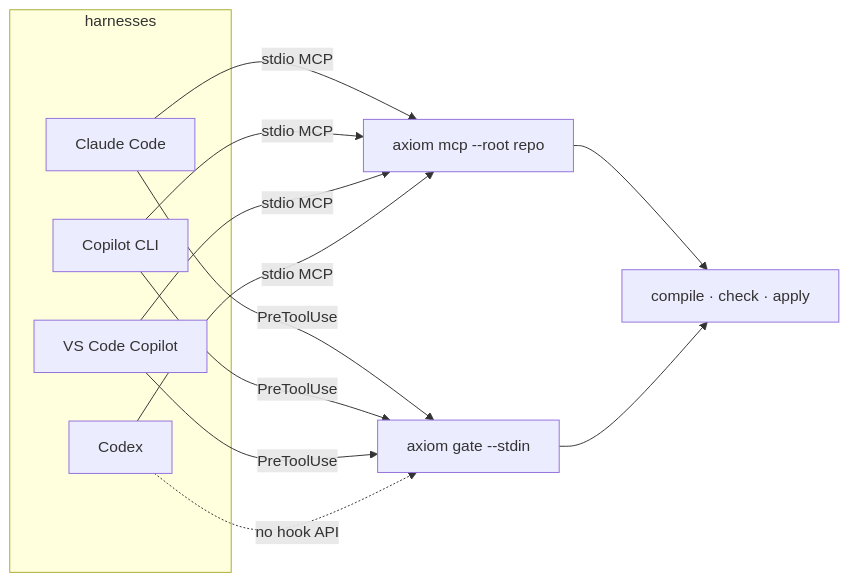
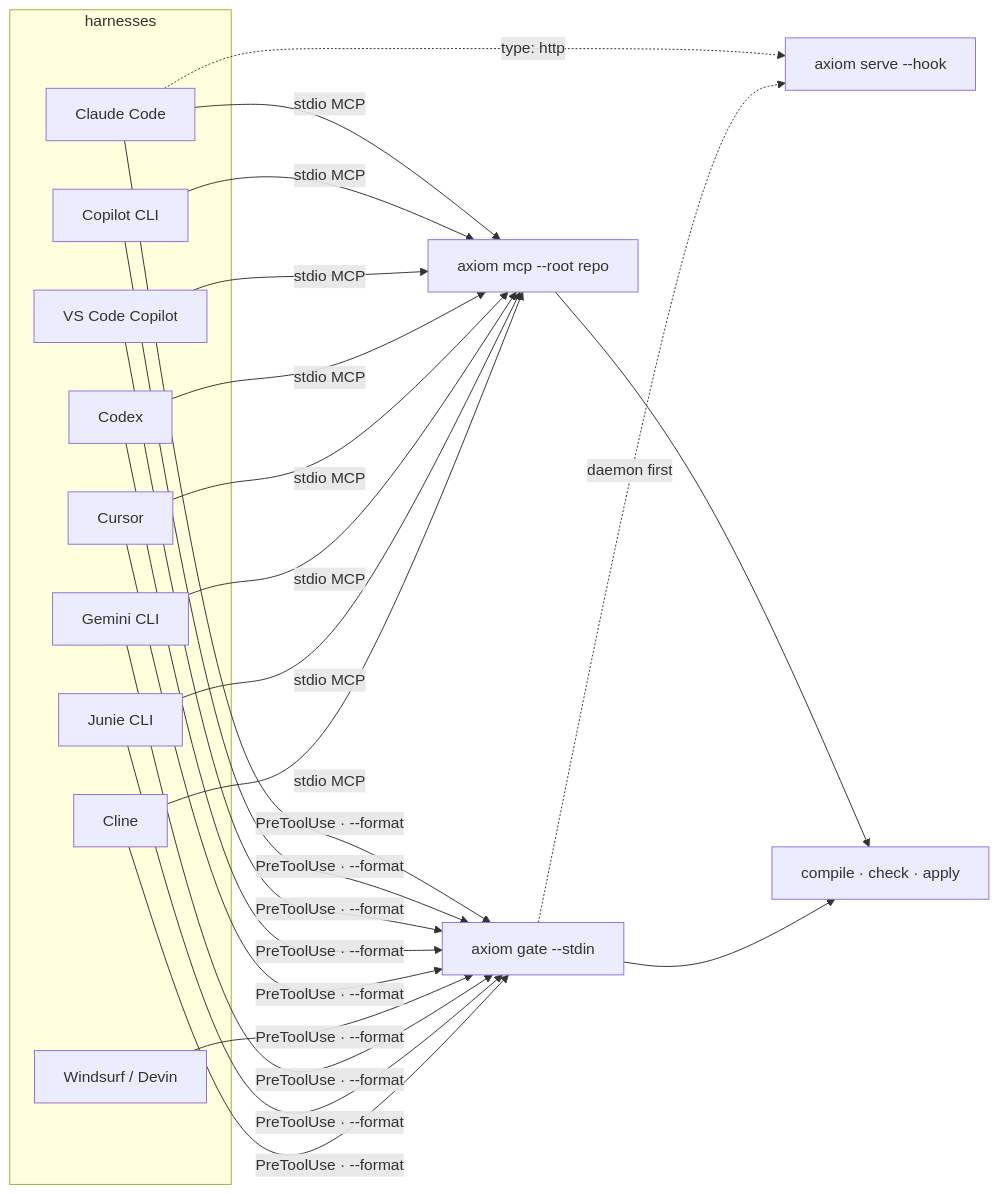
The diagram in docs/integration/harnesses.md (dragoscv/axiom), drawn with Mermaid before and after one commit. The commit also changed other lines of this file and 61 other files, not shown here.

First line of the commit message:
feat(mcp): Phase 8 - resident gate daemon, axiom-hook, nine harnesses, axiom_write, agent-decision attestations (D-36, D-37)

````diff
--- a/docs/integration/harnesses.md
+++ b/docs/integration/harnesses.md
@@ -11,14 +11,20 @@
 ```mermaid
 flowchart LR
   subgraph harnesses
     CC[Claude Code]
     CP[Copilot CLI]
     VS[VS Code Copilot]
     CX[Codex]
+    CU[Cursor]
+    WS[Windsurf / Devin]
+    GM[Gemini CLI]
+    JU[Junie CLI]
+    CL[Cline]
   end
-  CC & CP & VS & CX -->|stdio MCP| SRV[axiom mcp --root repo]
-  CC & CP & VS -->|PreToolUse| GATE[axiom gate --stdin]
-  CX -.->|no hook API| GATE
+  CC & CP & VS & CX & CU & GM & JU & CL -->|stdio MCP| SRV[axiom mcp --root repo]
+  CC & CP & VS & CX & CU & WS & GM & JU & CL -->|"PreToolUse · --format"| GATE[axiom gate --stdin]
+  CC -.->|"type: http"| D[axiom serve --hook]
+  GATE -.->|"daemon first"| D
   SRV --> ENG[compile · check · apply]
   GATE --> ENG
 ```
````
